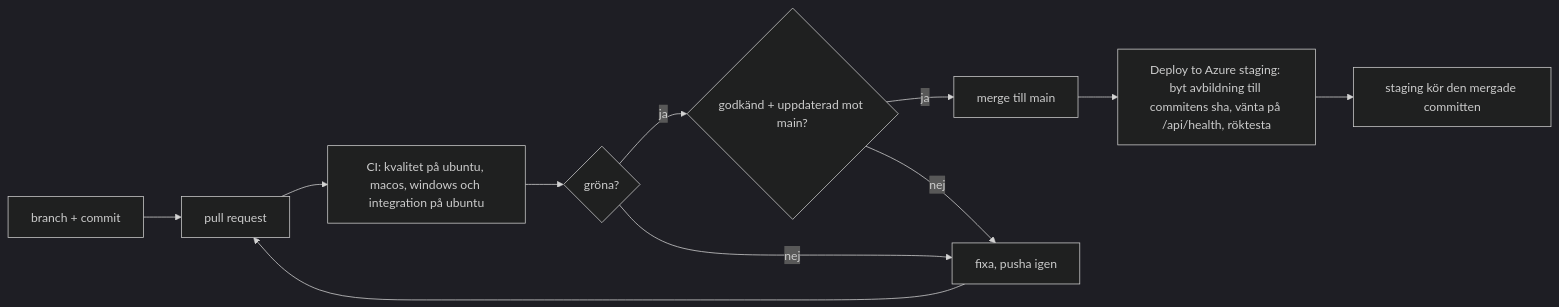
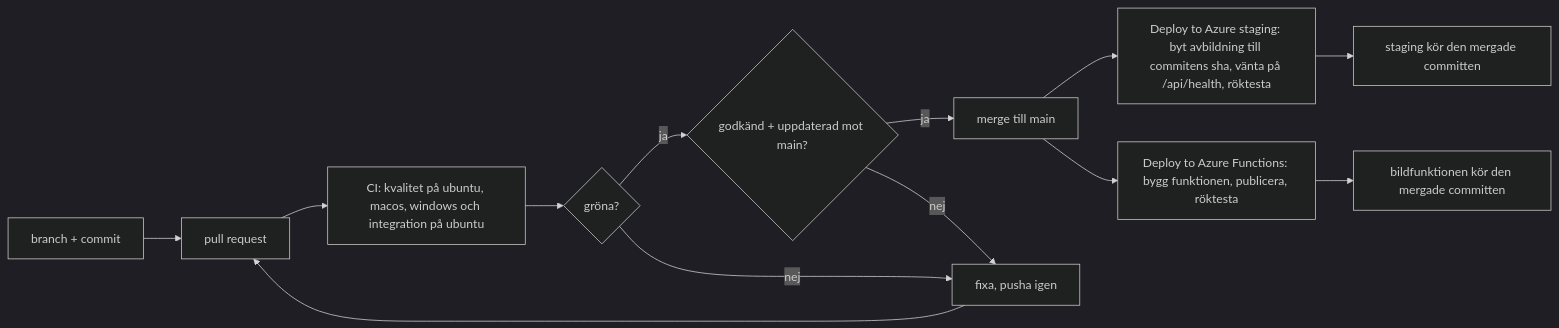
The diagram in docs/pipeline.md (Jesper-beep/utpost-vue), drawn with Mermaid (dark theme) before and after one commit. The commit also changed other lines of this file and 4 other files, not shown here.

````diff
--- a/docs/pipeline.md
+++ b/docs/pipeline.md
@@ -5,13 +5,15 @@
 ```mermaid
 flowchart LR
   B[branch + commit] --> PR[pull request]
   PR --> CI[CI: kvalitet på ubuntu, macos, windows och integration på ubuntu]
   CI --> S{gröna?}
   S -->|ja| G{godkänd + uppdaterad mot main?}
   S -->|nej| F[fixa, pusha igen]
   F --> PR
   G -->|ja| M[merge till main]
   G -->|nej| F
   M --> D[Deploy to Azure staging: byt avbildning till commitens sha, vänta på /api/health, röktesta]
   D --> ST[staging kör den mergade committen]
+  M --> DF[Deploy to Azure Functions: bygg funktionen, publicera, röktesta]
+  DF --> FN[bildfunktionen kör den mergade committen]
 ```
````
